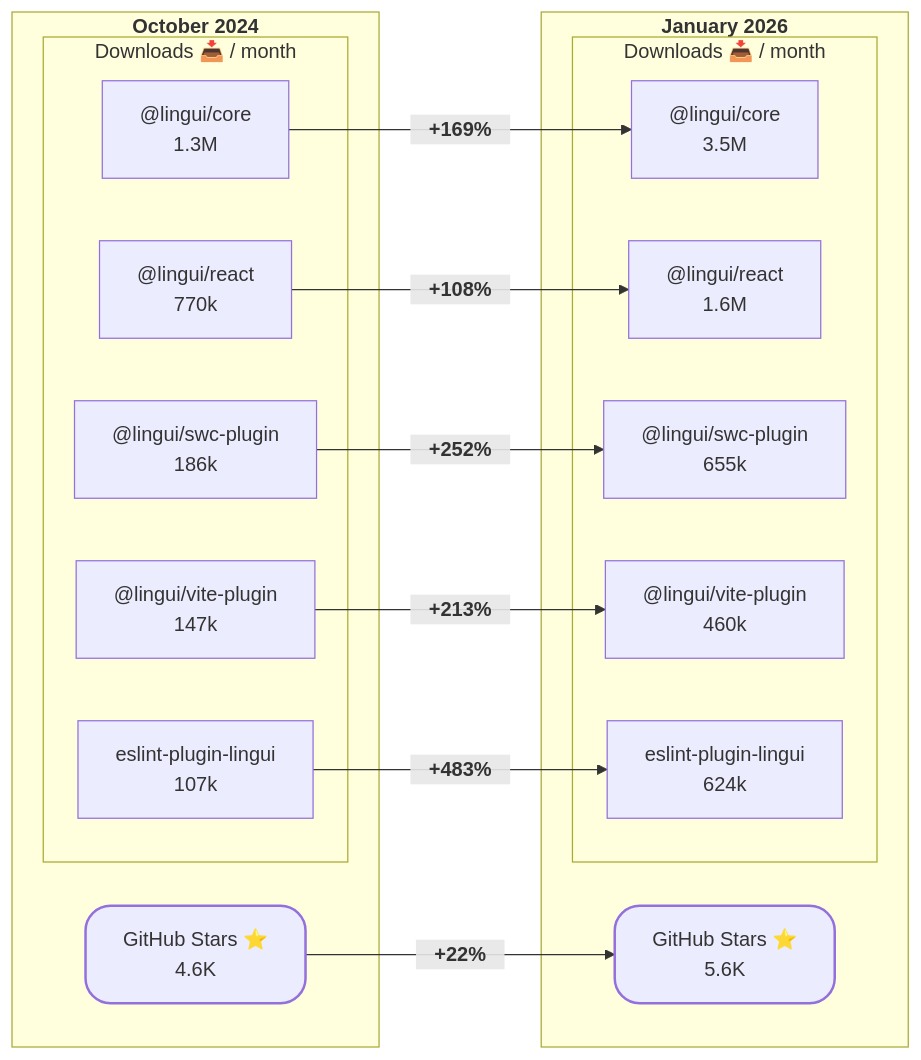
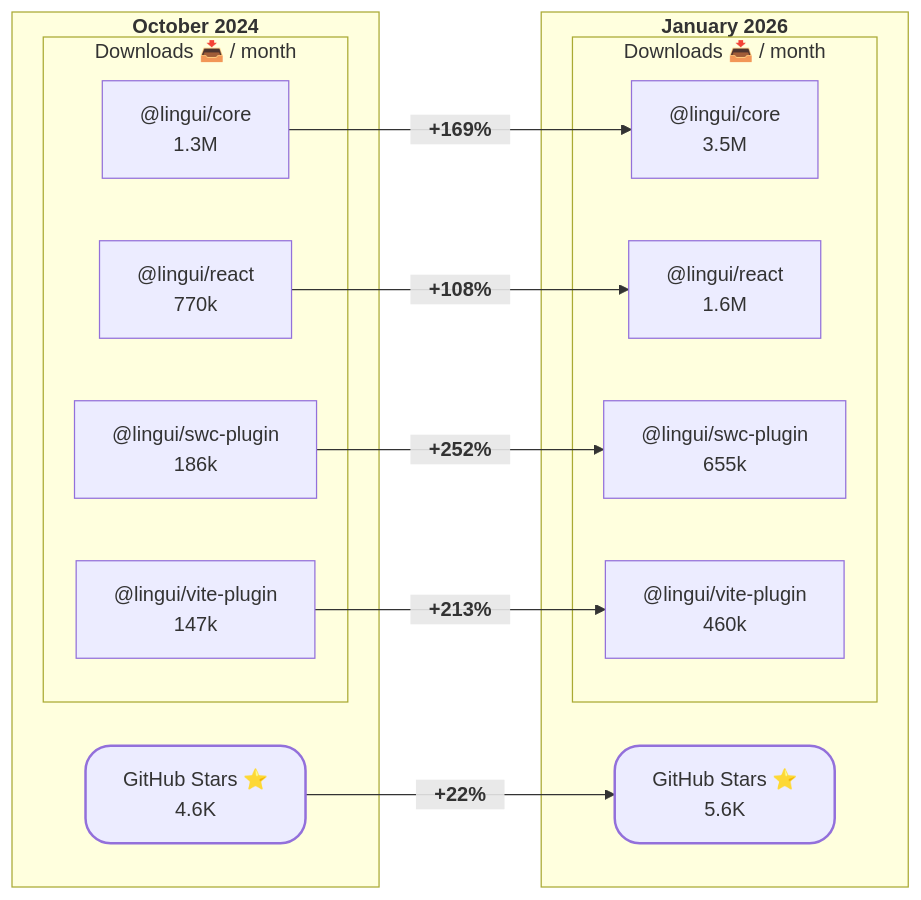
The diagram in website/blog/2026-02-25-announcing-lingui-6.0/index.md (lingui/js-lingui), drawn with Mermaid before and after one commit. The commit also changed other lines of this file, not shown here.

````diff
--- a/website/blog/2026-02-25-announcing-lingui-6.0/index.md
+++ b/website/blog/2026-02-25-announcing-lingui-6.0/index.md
@@ -44,38 +44,35 @@
 ```mermaid
 %%{init: {"themeCSS": ".node rect { rx: 5; ry: 5; }"} }%%
 
 graph LR
     subgraph OCT2024["<b>October 2024</b>"]
         stars1["GitHub Stars ⭐<br/>4.6K"]
 
         subgraph downloads1["Downloads 📥 / month"]
             A1["@lingui/core<br/>1.3M"]
             A2["@lingui/react<br/>770k"]
             A3["@lingui/swc-plugin<br/>186k"]
             A4["@lingui/vite-plugin<br/>147k"]
-            A5["eslint-plugin-lingui<br/>107k"]
         end
     end
 
     subgraph JAN2026["<b>January 2026</b>"]
         stars2["GitHub Stars ⭐<br/>5.6K"]
 
         subgraph downloads2["Downloads 📥 / month"]
             B1["@lingui/core<br/>3.5M"]
             B2["@lingui/react<br/>1.6M"]
             B3["@lingui/swc-plugin<br/>655k"]
             B4["@lingui/vite-plugin<br/>460k"]
-            B5["eslint-plugin-lingui<br/>624k"]
         end
     end
 
     stars1 -->|"<b>ㅤ+22%ㅤ</b>"| stars2
     A1 -->|"<b>ㅤ+169%ㅤ</b>"| B1
     A2 -->|"<b>ㅤ+108%ㅤ</b>"| B2
     A3 -->|"<b>ㅤ+252%ㅤ</b>"| B3
     A4 -->|"<b>ㅤ+213%ㅤ</b>"| B4
-    A5 -->|"<b>ㅤ+483%ㅤ</b>"| B5
 
 style stars1 stroke-width:2px,rx:20,ry:20
 style stars2 stroke-width:2px,rx:20,ry:20
 ```
````
